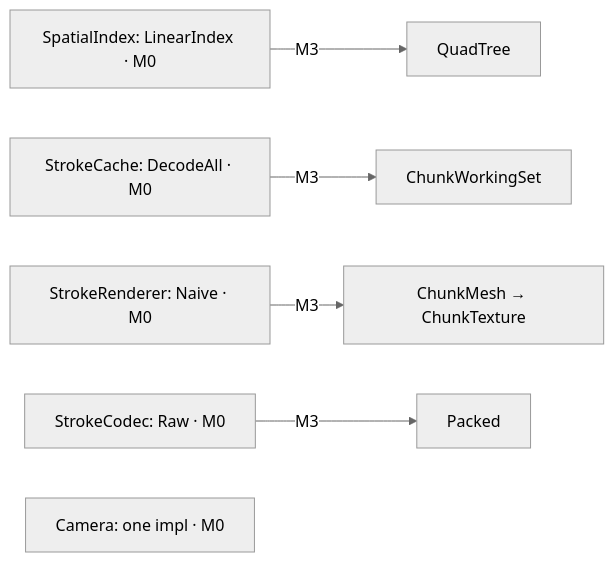
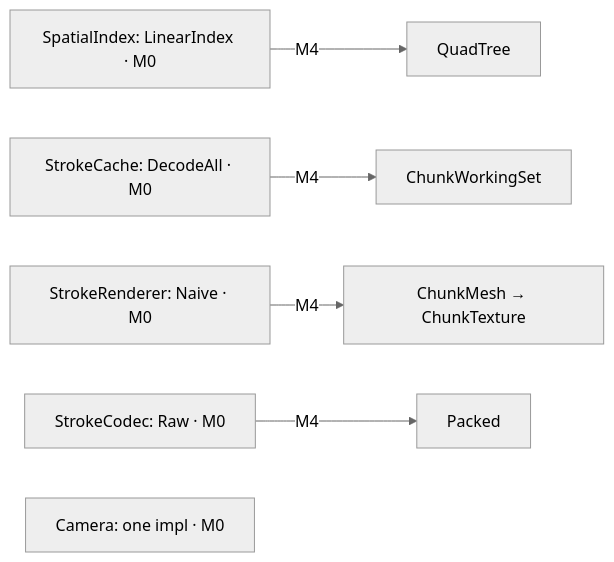
One commit to Student-Team-Projects/Most-Overkilled-Whiteboard-for-ArchLinux changed the second of 4 diagrams in docs/architecture.md. Above: the diagram before and after it, drawn with Mermaid (neutral theme). The commit also changed other lines of this file and 17 other files, not shown here.

````diff
--- a/docs/architecture.md
+++ b/docs/architecture.md
@@ -43,8 +43,8 @@
 ```mermaid
 flowchart LR
-    si0["SpatialIndex: LinearIndex · M0"] -->|M3| si1["QuadTree"]
-    sc0["StrokeCache: DecodeAll · M0"] -->|M3| sc1["ChunkWorkingSet"]
-    sr0["StrokeRenderer: Naive · M0"] -->|M3| sr1["ChunkMesh → ChunkTexture"]
-    cd0["StrokeCodec: Raw · M0"] -->|M3| cd1["Packed"]
+    si0["SpatialIndex: LinearIndex · M0"] -->|M4| si1["QuadTree"]
+    sc0["StrokeCache: DecodeAll · M0"] -->|M4| sc1["ChunkWorkingSet"]
+    sr0["StrokeRenderer: Naive · M0"] -->|M4| sr1["ChunkMesh → ChunkTexture"]
+    cd0["StrokeCodec: Raw · M0"] -->|M4| cd1["Packed"]
     cam["Camera: one impl · M0"]
 ```
````
